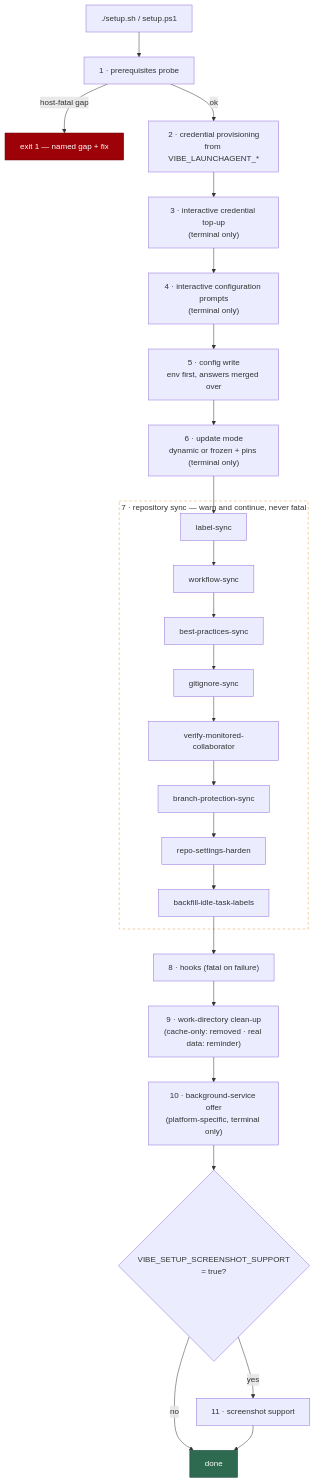
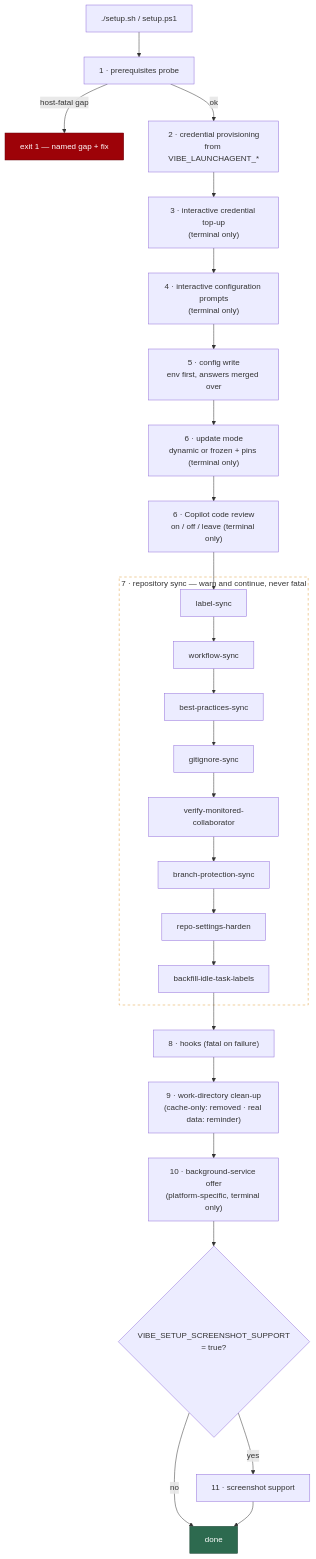
Before and after one commit to stSoftwareAU/VibeCoder: the first of 2 diagrams in docs/SETUP.md, drawn with Mermaid. The commit also changed other lines of this file and 20 other files, not shown here.

First line of the commit message:
setup: ask whether Copilot code review is on, off or left as is, and apply it in repo-settings-harden (Issue #2701)

````diff
--- a/docs/SETUP.md
+++ b/docs/SETUP.md
@@ -258,30 +271,31 @@
 ```mermaid
 flowchart TD
     S["./setup.sh / setup.ps1"] --> P["1 · prerequisites probe"]
     P -->|"host-fatal gap"| X["exit 1 — named gap + fix"]
     P -->|ok| C["2 · credential provisioning<br/>from VIBE_LAUNCHAGENT_*"]
     C --> IC["3 · interactive credential top-up<br/>(terminal only)"]
     IC --> IP["4 · interactive configuration prompts<br/>(terminal only)"]
     IP --> W["5 · config write<br/>env first, answers merged over"]
     W --> UM["6 · update mode<br/>dynamic or frozen + pins (terminal only)"]
-    UM --> L["label-sync"]
+    UM --> CR["6 · Copilot code review<br/>on / off / leave (terminal only)"]
+    CR --> L["label-sync"]
     subgraph SY["7 · repository sync — warn and continue, never fatal"]
         L --> WS["workflow-sync"]
         WS --> BS["best-practices-sync"]
         BS --> GI["gitignore-sync"]
         GI --> VC["verify-monitored-collaborator"]
         VC --> BR["branch-protection-sync"]
         BR --> RH["repo-settings-harden"]
         RH --> BF["backfill-idle-task-labels"]
     end
     BF --> H["8 · hooks (fatal on failure)"]
     H --> R["9 · work-directory clean-up<br/>(cache-only: removed · real data: reminder)"]
     R --> SO["10 · background-service offer<br/>(platform-specific, terminal only)"]
     SO --> SC{"VIBE_SETUP_SCREENSHOT_SUPPORT<br/>= true?"}
     SC -->|yes| SS["11 · screenshot support"]
     SC -->|no| D["done"]
     SS --> D
     style X fill:#9d0208,stroke:#6a040f,color:#fff
     style SY fill:none,stroke:#e09f3e,stroke-dasharray:5 5
     style D fill:#2d6a4f,stroke:#1b4332,color:#fff
 ```
````
